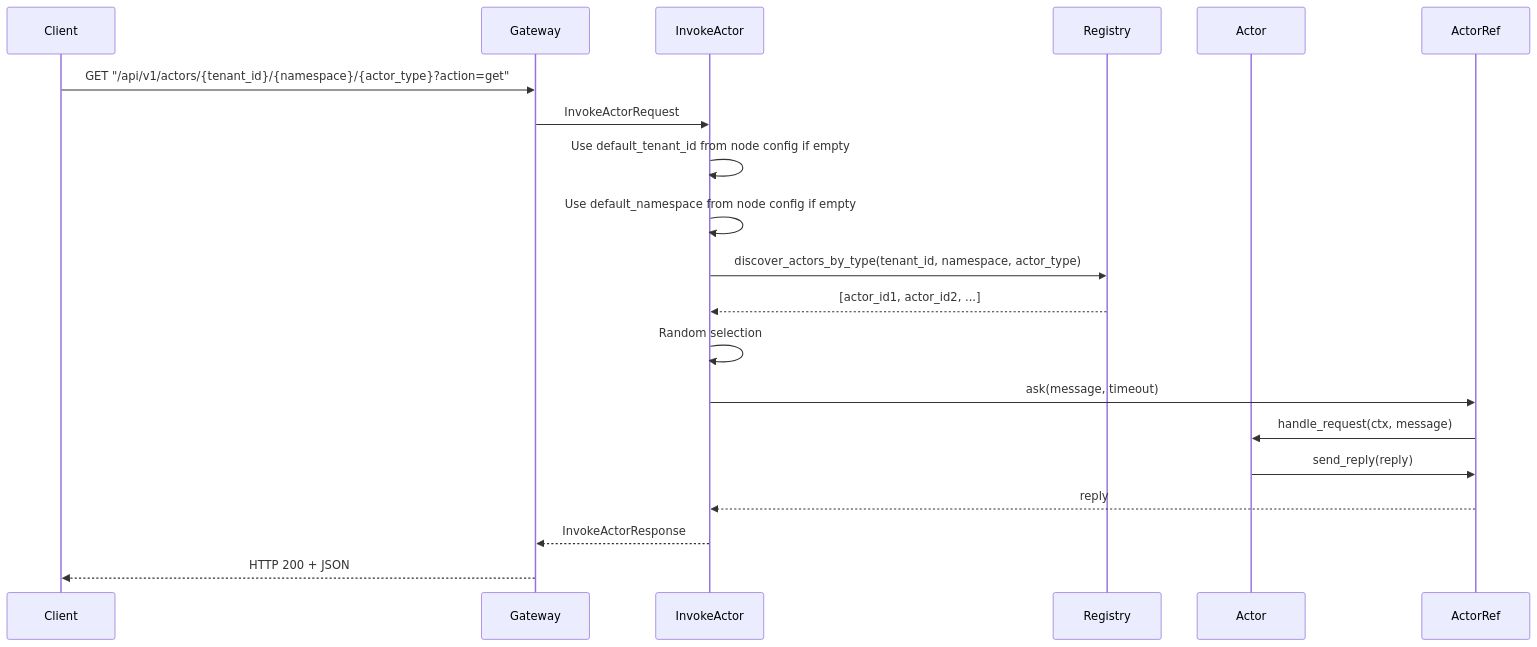
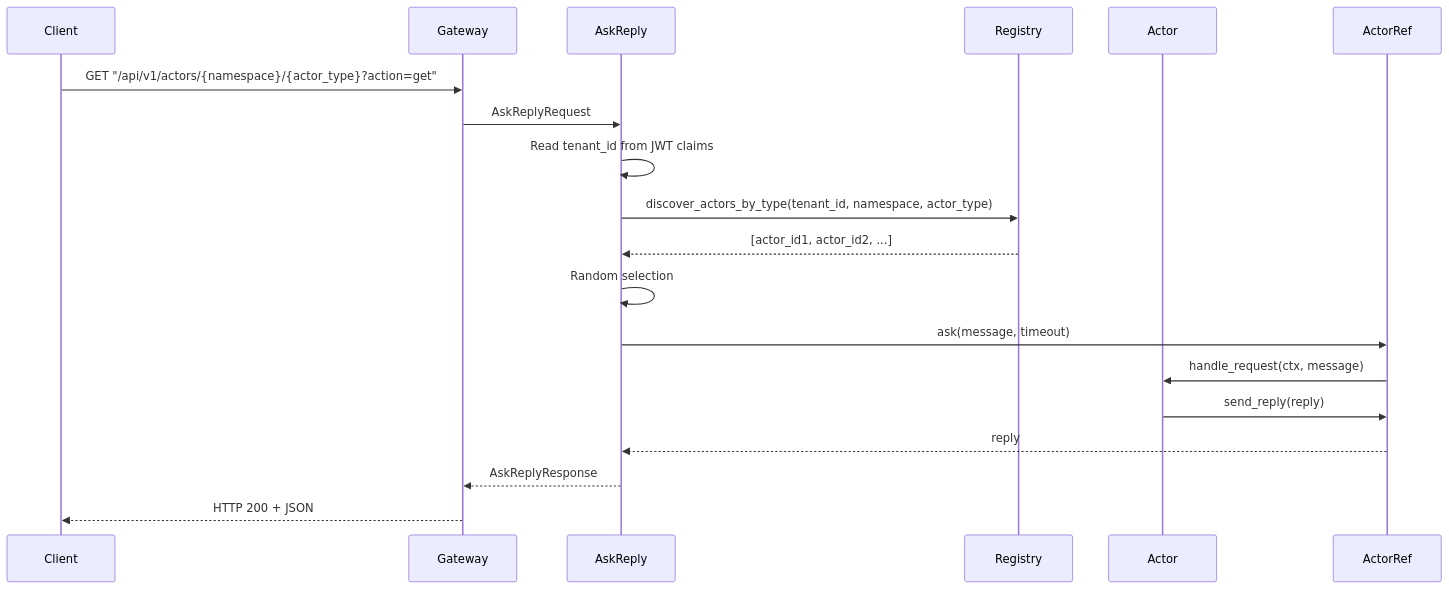
One commit to bhatti/PlexSpaces changed the tenth of 11 diagrams in docs/detailed-design.md. Above: the diagram before and after it, drawn with Mermaid. The commit also changed other lines of this file and 81 other files, not shown here.

````diff
--- a/docs/detailed-design.md
+++ b/docs/detailed-design.md
@@ -2156,23 +2159,22 @@
 ```mermaid
 sequenceDiagram
     participant Client
     participant Gateway
-    participant InvokeActor
+    participant AskReply
     participant Registry
     participant Act as Actor
     participant ActorRef
     
-    Client->>Gateway: GET "/api/v1/actors/{tenant_id}/{namespace}/{actor_type}?action=get"
-    Gateway->>InvokeActor: InvokeActorRequest
-    InvokeActor->>InvokeActor: Use default_tenant_id from node config if empty
-    InvokeActor->>InvokeActor: Use default_namespace from node config if empty
-    InvokeActor->>Registry: discover_actors_by_type(tenant_id, namespace, actor_type)
-    Registry-->>InvokeActor: [actor_id1, actor_id2, ...]
-    InvokeActor->>InvokeActor: Random selection
-    InvokeActor->>ActorRef: ask(message, timeout)
+    Client->>Gateway: GET "/api/v1/actors/{namespace}/{actor_type}?action=get"
+    Gateway->>AskReply: AskReplyRequest
+    AskReply->>AskReply: Read tenant_id from JWT claims
+    AskReply->>Registry: discover_actors_by_type(tenant_id, namespace, actor_type)
+    Registry-->>AskReply: [actor_id1, actor_id2, ...]
+    AskReply->>AskReply: Random selection
+    AskReply->>ActorRef: ask(message, timeout)
     ActorRef->>Act: handle_request(ctx, message)
     Act->>ActorRef: send_reply(reply)
-    ActorRef-->>InvokeActor: reply
-    InvokeActor-->>Gateway: InvokeActorResponse
+    ActorRef-->>AskReply: reply
+    AskReply-->>Gateway: AskReplyResponse
     Gateway-->>Client: HTTP 200 + JSON
 ```
````
